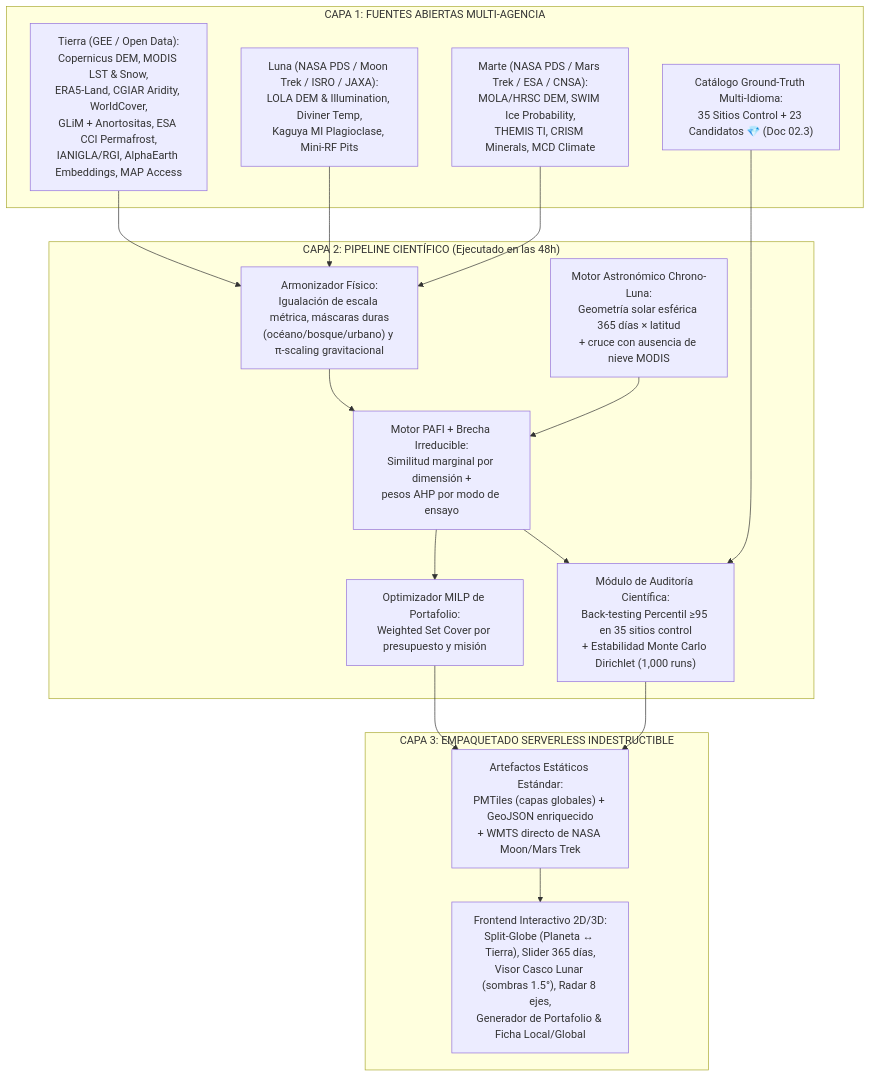
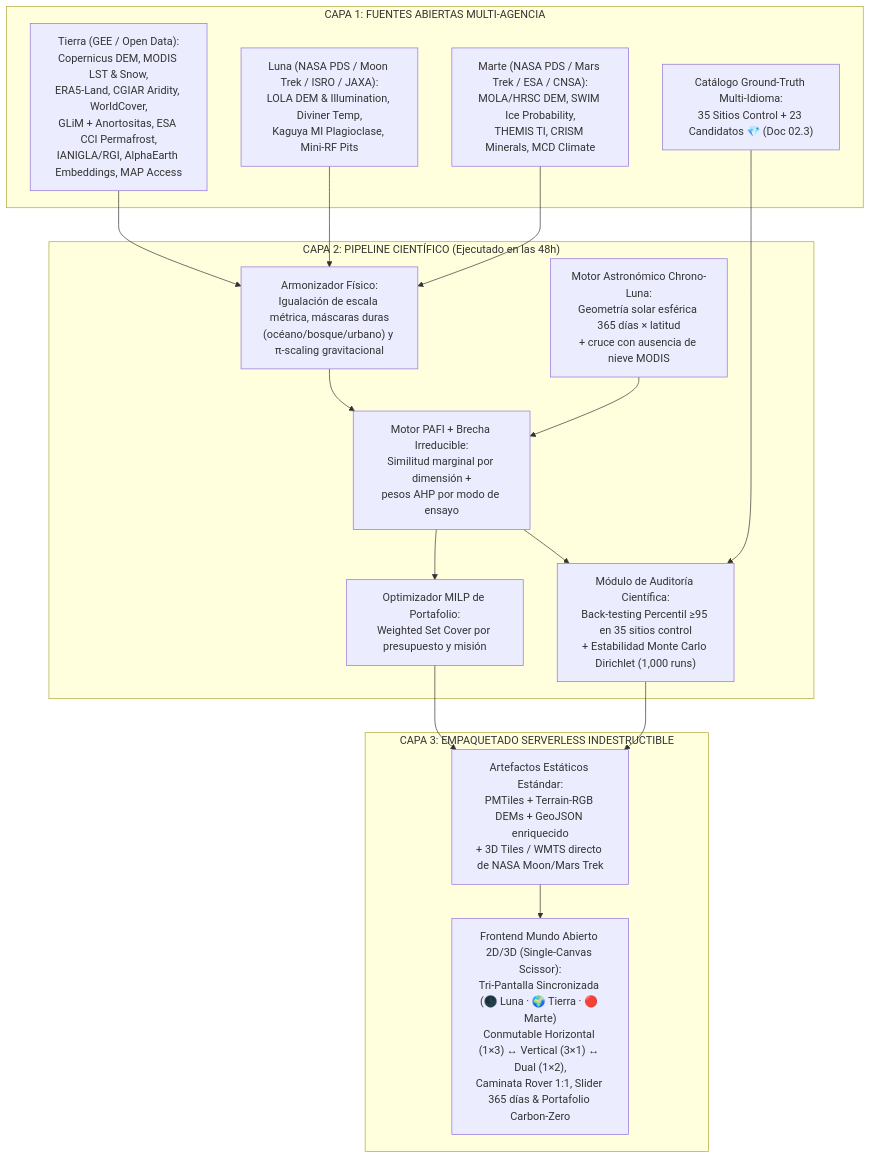
The diagram in 05_plan_ejecucion/01_arquitectura_tecnica.md (Delnr91/hackanasa), drawn with Mermaid before and after one commit. The commit also changed other lines of this file and 8 other files, not shown here.

Commit message:
feat(architecture): add Tri-Screen Open-World Engine (Moon·Earth·Mars 1x3/3x1) & official team assets

````diff
--- a/05_plan_ejecucion/01_arquitectura_tecnica.md
+++ b/05_plan_ejecucion/01_arquitectura_tecnica.md
@@ -10,34 +10,34 @@
 ```mermaid
 flowchart TB
     subgraph L1["CAPA 1: FUENTES ABIERTAS MULTI-AGENCIA"]
         EO["Tierra (GEE / Open Data):<br/>Copernicus DEM, MODIS LST & Snow,<br/>ERA5-Land, CGIAR Aridity, WorldCover,<br/>GLiM + Anortositas, ESA CCI Permafrost,<br/>IANIGLA/RGI, AlphaEarth Embeddings, MAP Access"]
         MOON["Luna (NASA PDS / Moon Trek / ISRO / JAXA):<br/>LOLA DEM & Illumination, Diviner Temp,<br/>Kaguya MI Plagioclase, Mini-RF Pits"]
         MARS["Marte (NASA PDS / Mars Trek / ESA / CNSA):<br/>MOLA/HRSC DEM, SWIM Ice Probability,<br/>THEMIS TI, CRISM Minerals, MCD Climate"]
         GT["Catálogo Ground-Truth Multi-Idioma:<br/>35 Sitios Control + 23 Candidatos 💎 (Doc 02.3)"]
     end
 
     subgraph L2["CAPA 2: PIPELINE CIENTÍFICO (Ejecutado en las 48h)"]
         HARM["Armonizador Físico:<br/>Igualación de escala métrica, máscaras duras<br/>(océano/bosque/urbano) y π-scaling gravitacional"]
         SOLAR["Motor Astronómico Chrono-Luna:<br/>Geometría solar esférica 365 días × latitud<br/>+ cruce con ausencia de nieve MODIS"]
         PAFI["Motor PAFI + Brecha Irreducible:<br/>Similitud marginal por dimensión +<br/>pesos AHP por modo de ensayo"]
         VAL["Módulo de Auditoría Científica:<br/>Back-testing Percentil ≥95 en 35 sitios control<br/>+ Estabilidad Monte Carlo Dirichlet (1,000 runs)"]
         OPT["Optimizador MILP de Portafolio:<br/>Weighted Set Cover por presupuesto y misión"]
     end
 
     subgraph L3["CAPA 3: EMPAQUETADO SERVERLESS INDESTRUCTIBLE"]
-        STATIC["Artefactos Estáticos Estándar:<br/>PMTiles (capas globales) + GeoJSON enriquecido<br/>+ WMTS directo de NASA Moon/Mars Trek"]
-        UI["Frontend Interactivo 2D/3D:<br/>Split-Globe (Planeta ↔ Tierra), Slider 365 días,<br/>Visor Casco Lunar (sombras 1.5°), Radar 8 ejes,<br/>Generador de Portafolio & Ficha Local/Global"]
+        STATIC["Artefactos Estáticos Estándar:<br/>PMTiles + Terrain-RGB DEMs + GeoJSON enriquecido<br/>+ 3D Tiles / WMTS directo de NASA Moon/Mars Trek"]
+        UI["Frontend Mundo Abierto 2D/3D (Single-Canvas Scissor):<br/>Tri-Pantalla Sincronizada (🌑 Luna · 🌍 Tierra · 🔴 Marte)<br/>Conmutable Horizontal (1×3) ↔ Vertical (3×1) ↔ Dual (1×2),<br/>Caminata Rover 1:1, Slider 365 días & Portafolio Carbon-Zero"]
     end
 
     EO --> HARM
     MOON --> HARM
     MARS --> HARM
     HARM --> PAFI
     SOLAR --> PAFI
     PAFI --> VAL
     GT --> VAL
     PAFI --> OPT
     VAL --> STATIC
     OPT --> STATIC
     STATIC --> UI
 ```
````
